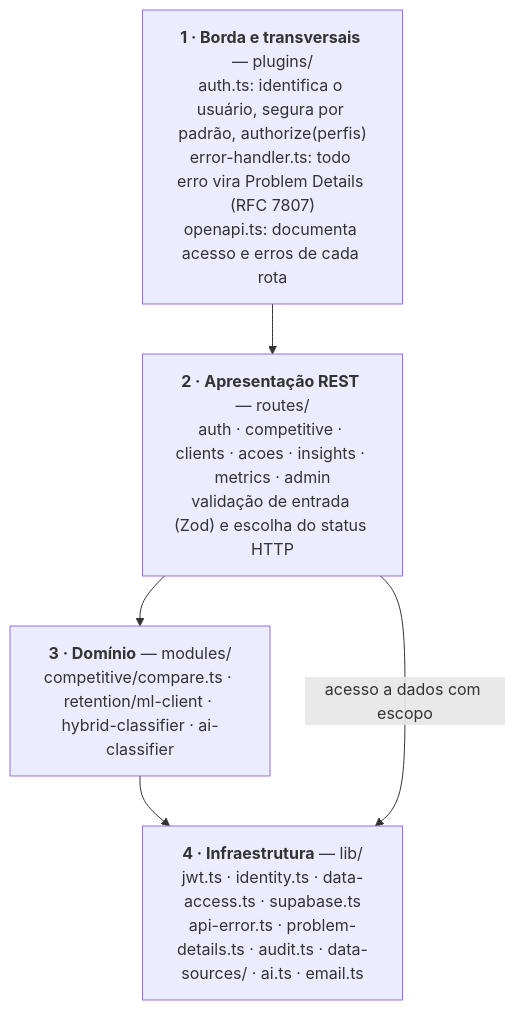
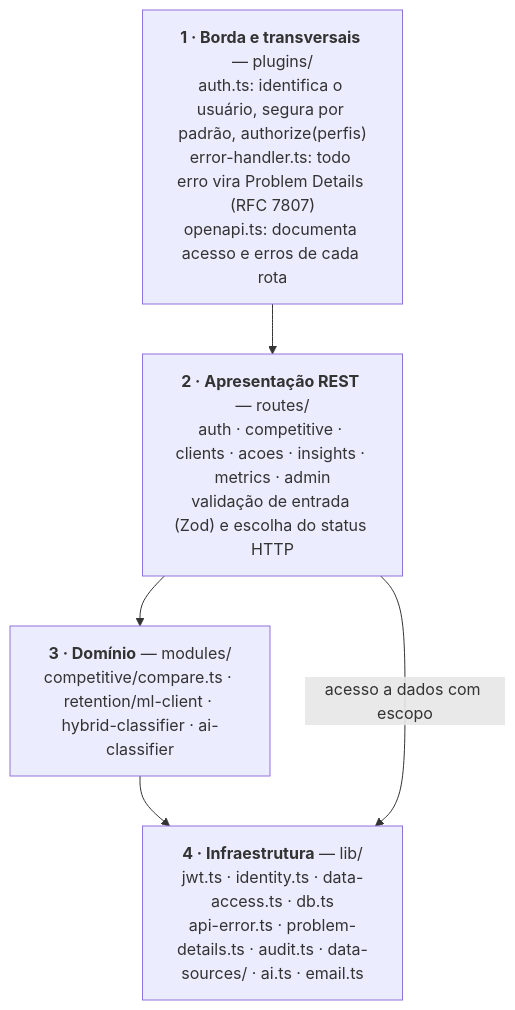
One commit to P0lid0/ford-fiap-challenge changed the second of 5 diagrams in docs/ARQUITETURA_SOA.md. Above: the diagram before and after it, drawn with Mermaid. The commit also changed other lines of this file and 155 other files, not shown here.

````diff
--- a/docs/ARQUITETURA_SOA.md
+++ b/docs/ARQUITETURA_SOA.md
@@ -89,9 +89,9 @@
 ```mermaid
 flowchart TB
     L1["<b>1 · Borda e transversais</b> — plugins/<br/>auth.ts: identifica o usuário, segura por padrão, authorize(perfis)<br/>error-handler.ts: todo erro vira Problem Details (RFC 7807)<br/>openapi.ts: documenta acesso e erros de cada rota"]
     L2["<b>2 · Apresentação REST</b> — routes/<br/>auth · competitive · clients · acoes · insights · metrics · admin<br/>validação de entrada (Zod) e escolha do status HTTP"]
     L3["<b>3 · Domínio</b> — modules/<br/>competitive/compare.ts · retention/ml-client · hybrid-classifier · ai-classifier"]
-    L4["<b>4 · Infraestrutura</b> — lib/<br/>jwt.ts · identity.ts · data-access.ts · supabase.ts<br/>api-error.ts · problem-details.ts · audit.ts · data-sources/ · ai.ts · email.ts"]
+    L4["<b>4 · Infraestrutura</b> — lib/<br/>jwt.ts · identity.ts · data-access.ts · db.ts<br/>api-error.ts · problem-details.ts · audit.ts · data-sources/ · ai.ts · email.ts"]
     L1 --> L2 --> L3 --> L4
     L2 -- "acesso a dados com escopo" --> L4
 ```
````
